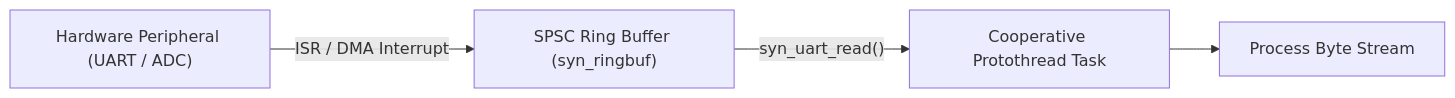
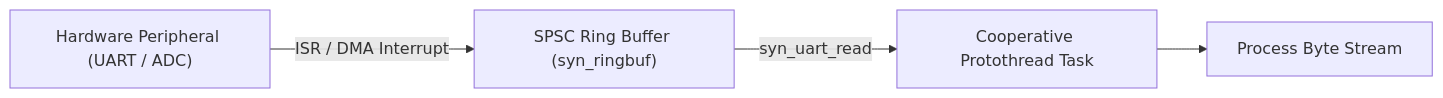
One commit to chenyurong22/SyntropicOS changed the diagram in docs/modules/drivers.md. Above: the diagram before and after it, drawn with Mermaid. The commit also changed 8 other files, not shown here.

First line of the commit message:
docs(mermaid): fix unquoted parentheses and invalid syntax across all documentation diagrams

````diff
--- a/docs/modules/drivers.md
+++ b/docs/modules/drivers.md
@@ -19,6 +19,6 @@
 ```mermaid
 flowchart LR
-    HW["Hardware Peripheral (UART / ADC)"] -- ISR / DMA Interrupt --> RingBuf["SPSC Ring Buffer (syn_ringbuf)"]
-    RingBuf -- syn_uart_read() --> Task["Cooperative Protothread Task"]
+    HW["Hardware Peripheral (UART / ADC)"] -->|ISR / DMA Interrupt| RingBuf["SPSC Ring Buffer (syn_ringbuf)"]
+    RingBuf -->|syn_uart_read| Task["Cooperative Protothread Task"]
     Task --> Processing["Process Byte Stream"]
 ```
````
